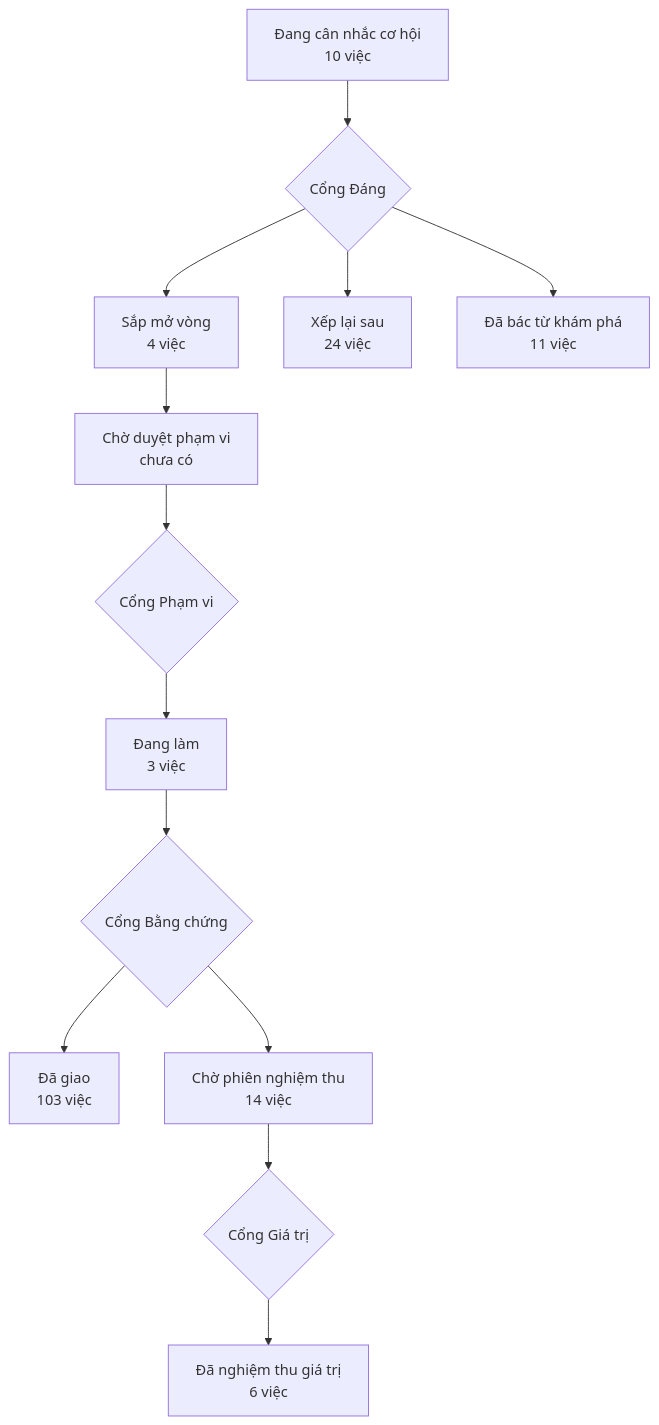
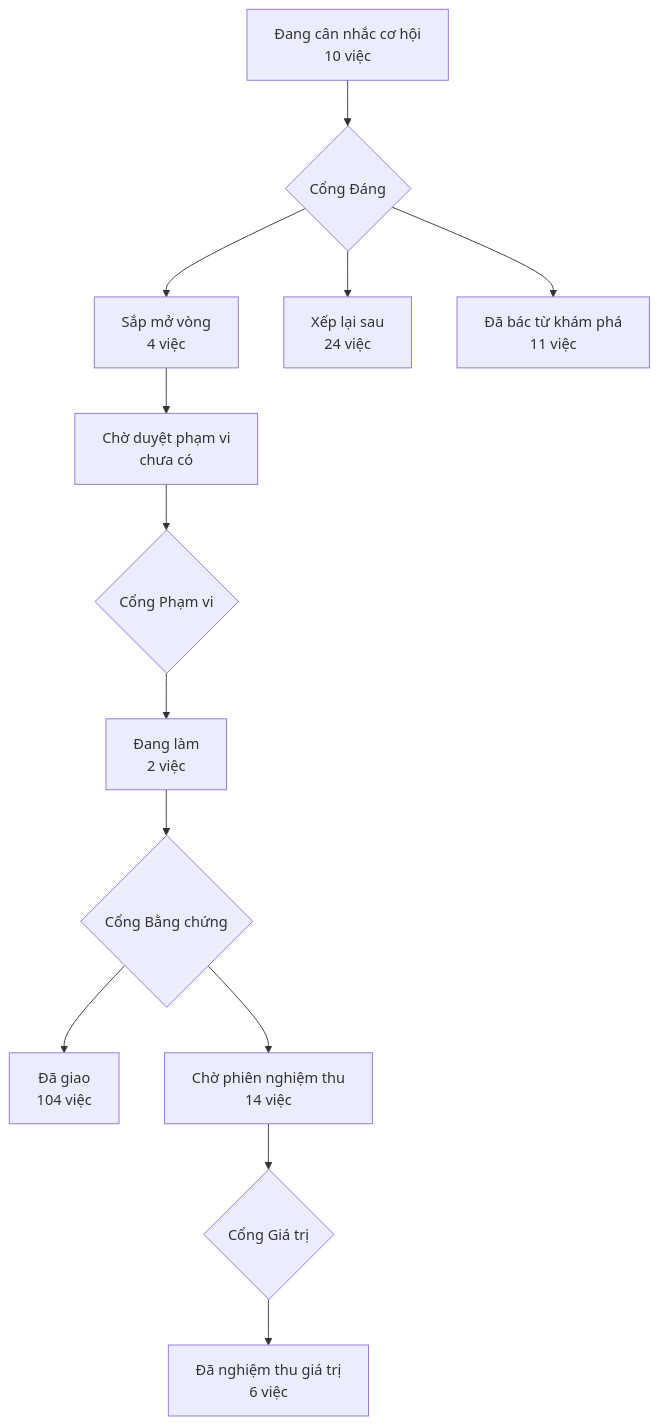
The diagram in PRODUCT-MAP.md (phanlemanh/acceptance-gate-kit), drawn with Mermaid before and after one commit. The commit also changed 8 other files, not shown here.

````diff
--- a/PRODUCT-MAP.md
+++ b/PRODUCT-MAP.md
@@ -7,12 +7,12 @@
 ```mermaid
 flowchart TD
   A["Đang cân nhắc cơ hội<br/>10 việc"] --> GD{"Cổng Đáng"}
   GD --> B["Sắp mở vòng<br/>4 việc"]
   GD --> XL["Xếp lại sau<br/>24 việc"]
   GD --> DB["Đã bác từ khám phá<br/>11 việc"]
   B --> CD["Chờ duyệt phạm vi<br/>chưa có"] --> GP{"Cổng Phạm vi"}
-  GP --> DL["Đang làm<br/>3 việc"] --> GB{"Cổng Bằng chứng"}
-  GB --> DG["Đã giao<br/>103 việc"]
+  GP --> DL["Đang làm<br/>2 việc"] --> GB{"Cổng Bằng chứng"}
+  GB --> DG["Đã giao<br/>104 việc"]
   GB --> CN["Chờ phiên nghiệm thu<br/>14 việc"] --> GG{"Cổng Giá trị"}
   GG --> NT["Đã nghiệm thu giá trị<br/>6 việc"]
 ```
````
